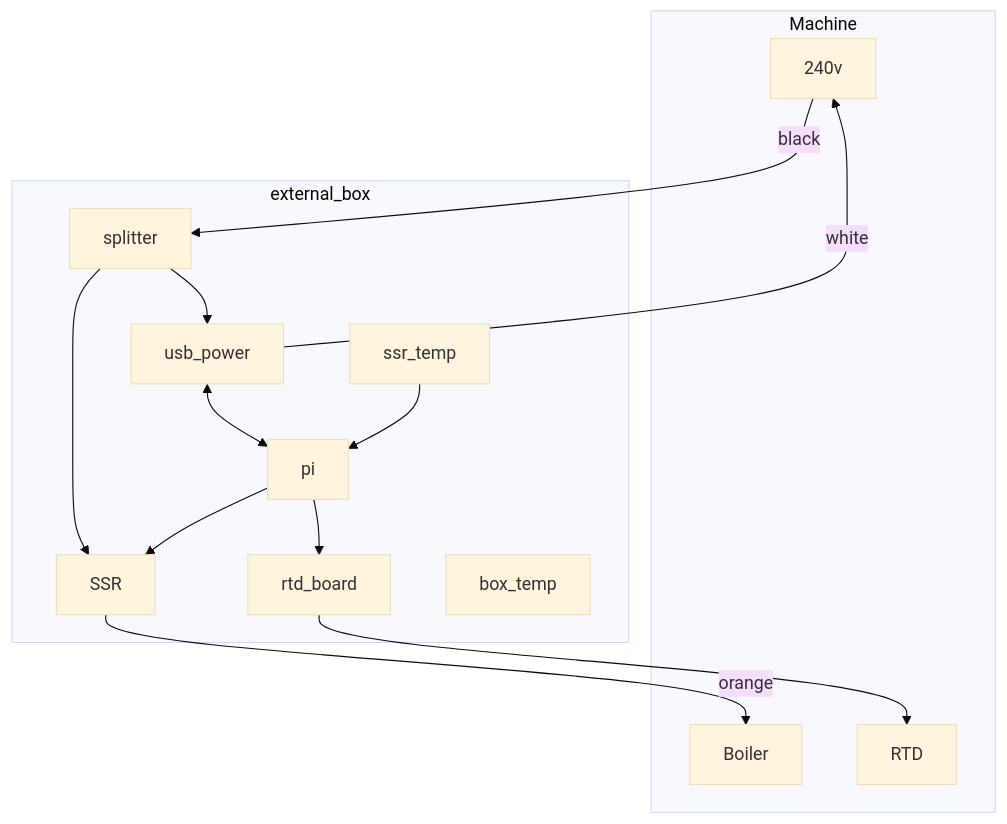
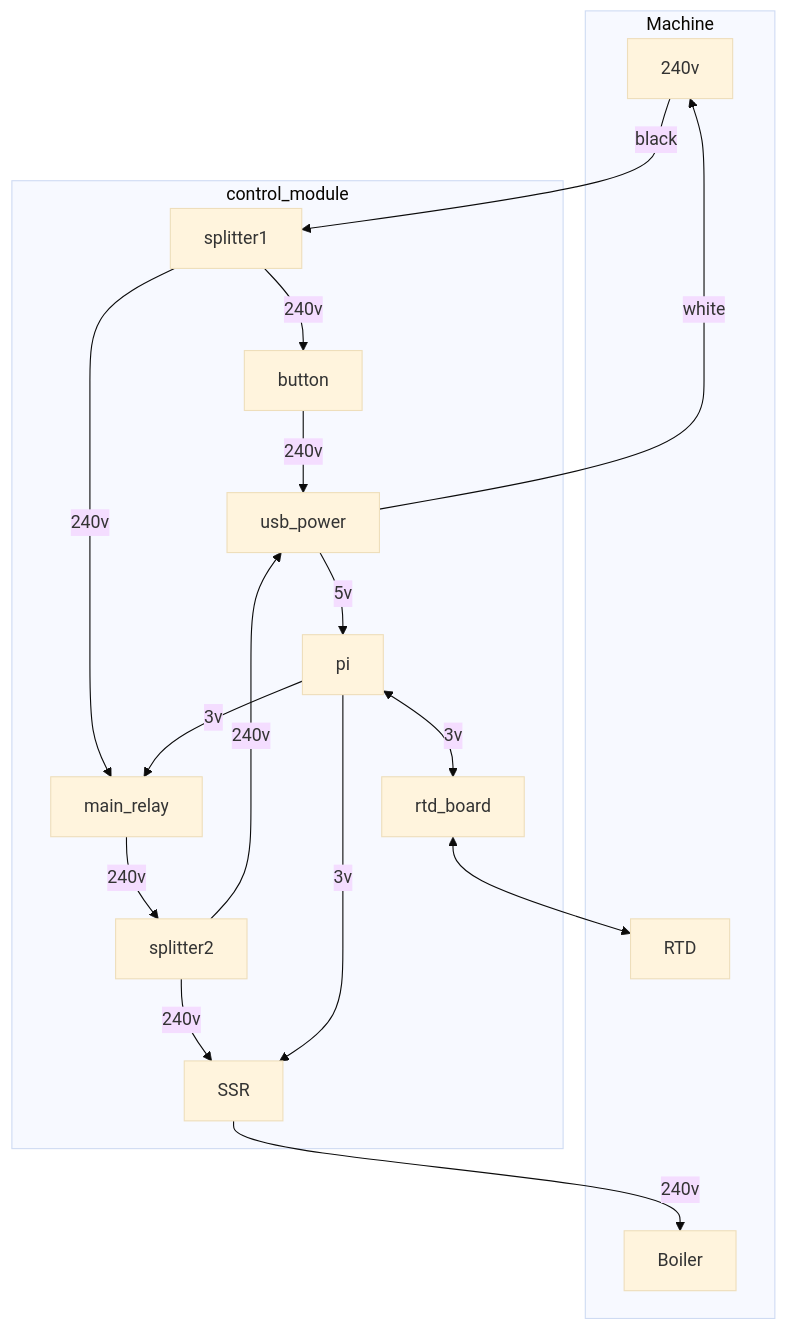
Before and after one commit to benwilson512/coffee_time: the second of 2 diagrams in diagram.md, drawn with Mermaid (base theme). The commit also changed other lines of this file and 1 other file, not shown here.

````diff
--- a/diagram.md
+++ b/diagram.md
@@ -3,22 +34,24 @@
 ```mermaid
 flowchart TD
   subgraph Machine
   240v
   Boiler
   RTD
   end
-  subgraph external_box
-  240v-- black --> splitter
-  splitter --> usb_power
-  splitter --> SSR
+  subgraph control_module
+  240v-- black --> splitter1
+  splitter1 -- 240v --> button
+  button -- 240v --> usb_power
+  splitter1 -- 240v --> main_relay
+  main_relay -- 240v --> splitter2
+  splitter2 -- 240v --> usb_power
+  splitter2 -- 240v --> SSR
   usb_power -- white --> 240v
-  usb_power <--> pi
-  pi --> rtd_board
-  pi --> SSR
-  ssr_temp --> pi
-  rtd_board --> RTD
-  SSR -- orange --> Boiler
-  box_temp
+  usb_power -- 5v --> pi
+  pi <-- 3v --> rtd_board
+  pi -- 3v --> SSR
+  pi -- 3v --> main_relay
+  rtd_board <--> RTD
+  SSR -- 240v --> Boiler
   end
-  
 ```
````
